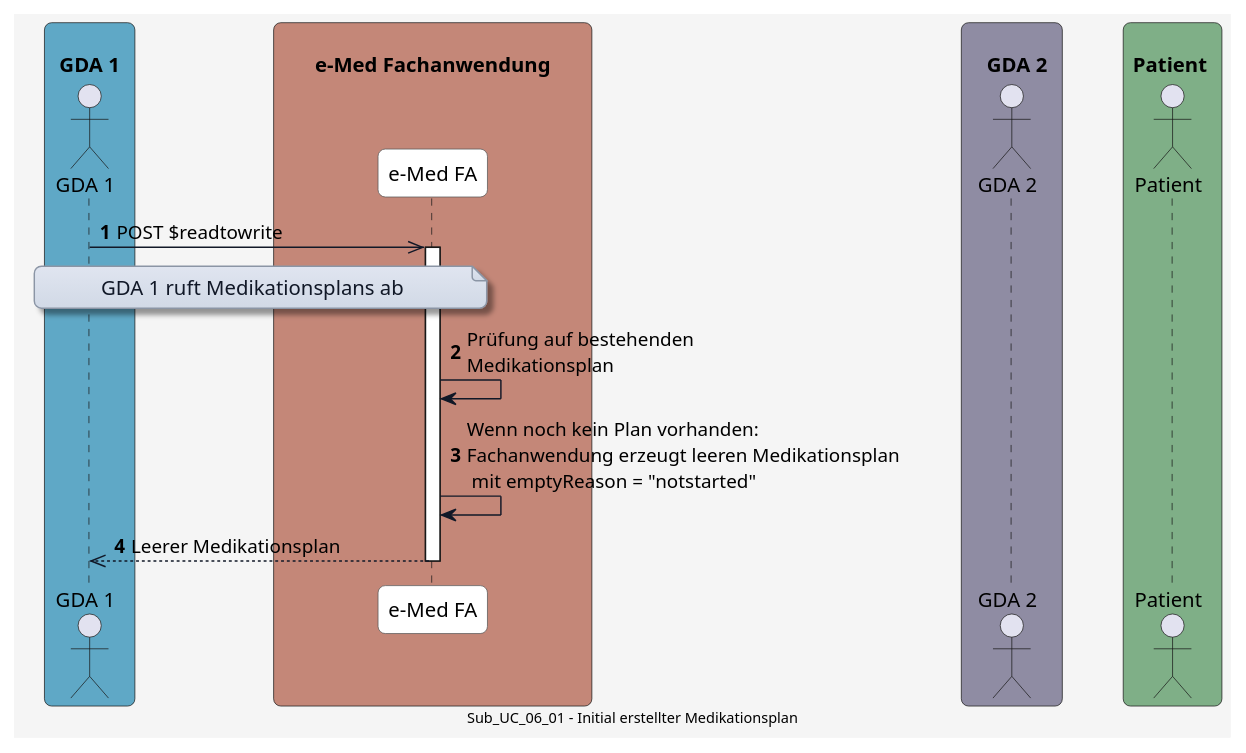
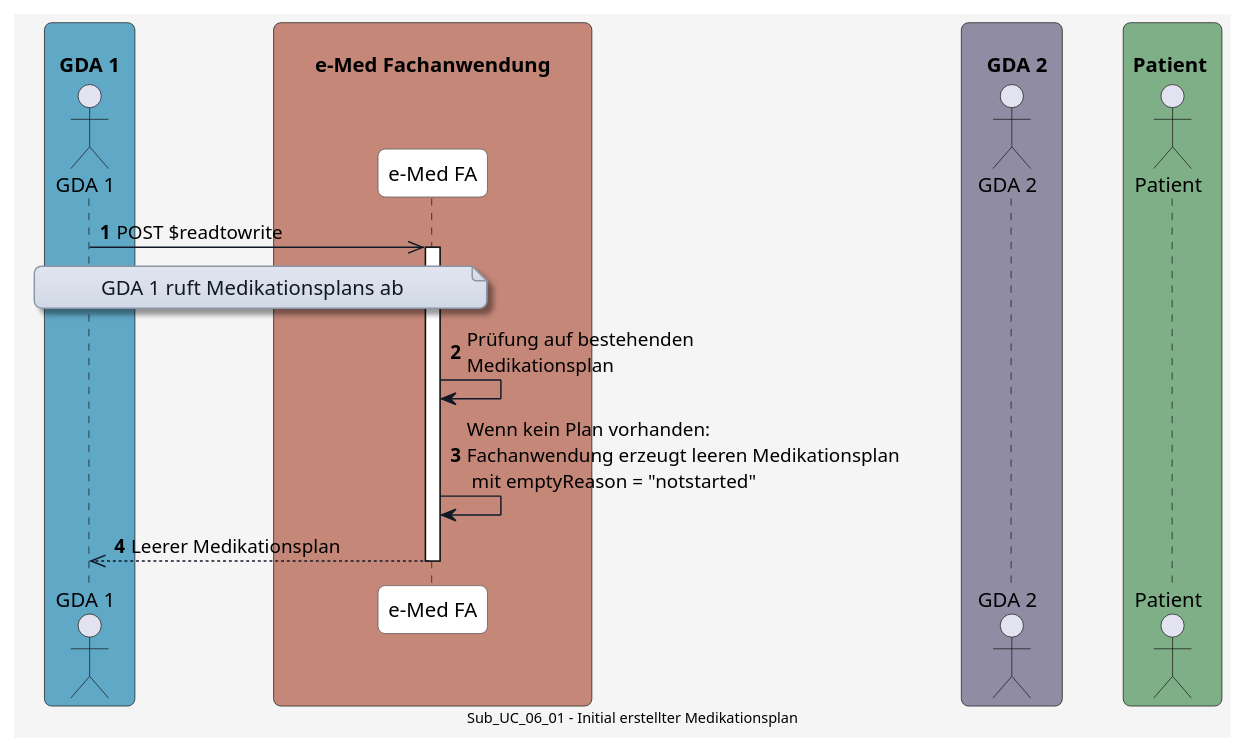
The diagram in input/images-source/UC_06_01.plantuml (HL7Austria/ELGA-e-Medikation-R4), drawn with PlantUML before and after one commit. The commit also changed 26 other files, not shown here.

```diff
--- a/input/images-source/UC_06_01.plantuml
+++ b/input/images-source/UC_06_01.plantuml
@@ -1,78 +1,78 @@
 @startuml
 skinparam borderColor #000000
 skinparam backgroundColor #f5f5f5
 skinparam shadowing false
 skinparam roundCorner 10
 skinparam defaultFontName "Arial"
 skinparam defaultFontSize 14
 skinparam defaultFontColor #000000
 
 skinparam note {
   BackgroundColor #e0e5f0-#d1d9e6
   BorderColor #8b95a5
   BorderThickness 1
   RoundCorner 8
   Padding 6
   FontColor #111827
   Shadowing true
 }
 
 skinparam HyperlinkColor #0000EE
 skinparam HyperlinkUnderline false
 
 skinparam sequence {
   ParticipantBorderColor #555555
   ParticipantBackgroundColor #ffffff
   ParticipantFontColor #000000
   ParticipantFontSize 14
   ParticipantPadding 20
   ArrowColor #111827
   ArrowThickness 1
   ArrowFontColor #000000
   ArrowFontSize 13
   GroupBorderColor #111827
   GroupBackgroundColor #eef2ff
   GroupBorderThickness 2
 }
 
 skinparam BoxPadding 20
 skinparam BoxBorderColor #555555
 
 box "\n  GDA 1  " #5FA8C6
   actor GDA_1 as "GDA 1"
 end box
 
 box "\n       e-Med Fachanwendung       " #C48778
   participant eMed_FA as "e-Med FA"
 end box
 
 box "\n    GDA 2  " #8F8CA3
   actor GDA_2 as "GDA 2"
 end box
 
 box "\n Patient  " #7FAF87
   actor Patient as "Patient"
 end box
 
 
 autonumber
 
 
 GDA_1 ->> eMed_FA: POST $readtowrite
 
 note over GDA_1, eMed_FA
 GDA 1 ruft Medikationsplans ab
 end note
 
 activate eMed_FA
 eMed_FA -> eMed_FA: Prüfung auf bestehenden\nMedikationsplan
-eMed_FA -> eMed_FA: Wenn noch kein Plan vorhanden:\nFachanwendung erzeugt leeren Medikationsplan\n mit emptyReason = "notstarted"
+eMed_FA -> eMed_FA: Wenn kein Plan vorhanden:\nFachanwendung erzeugt leeren Medikationsplan\n mit emptyReason = "notstarted"
 
 eMed_FA -->> GDA_1: Leerer Medikationsplan
 
 deactivate eMed_FA
 
 
 center footer Sub_UC_06_01 - Initial erstellter Medikationsplan
 
 @enduml
```
